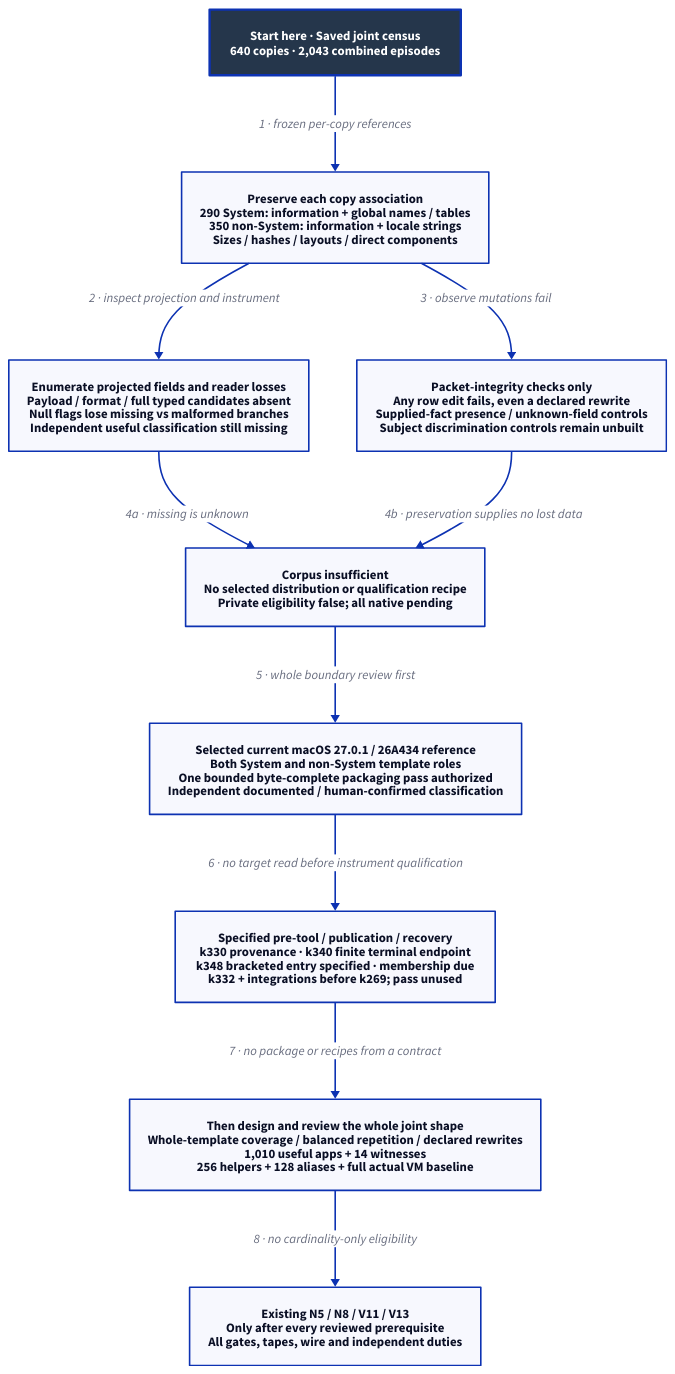
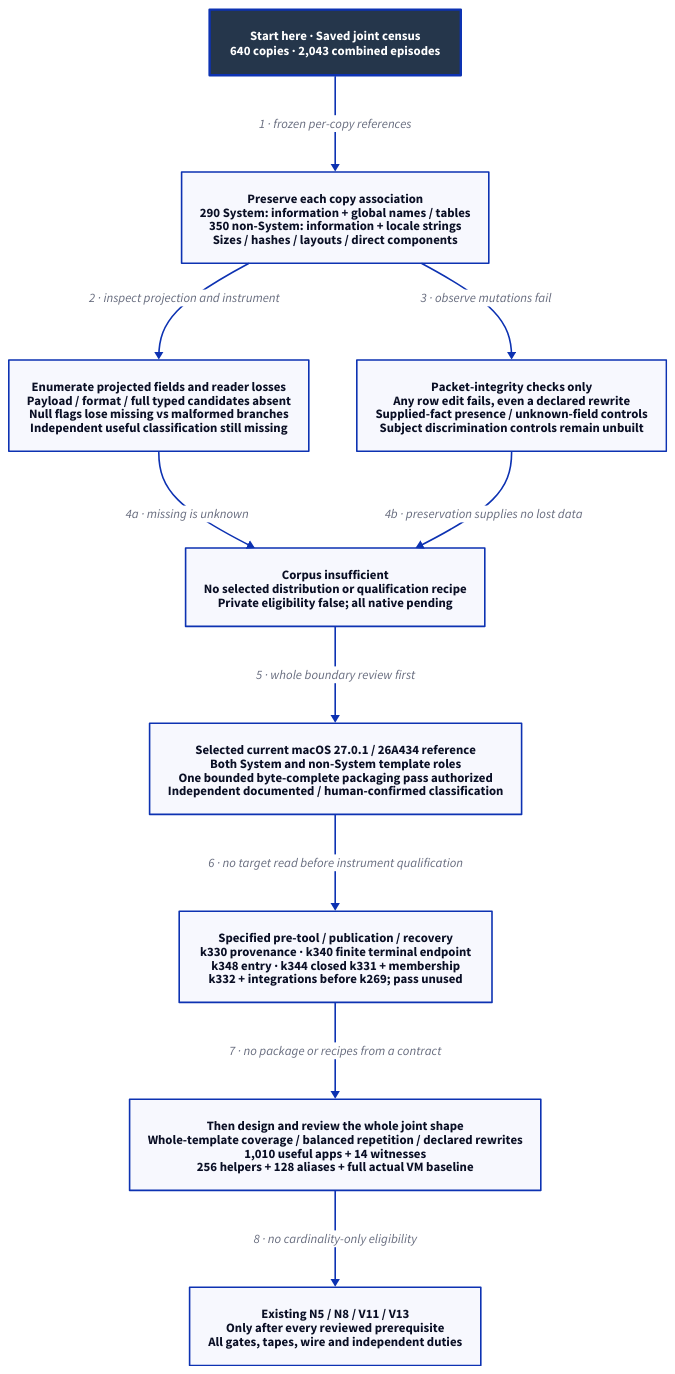
Before and after one commit to Linkuistics/Koine: the diagram in docs/design/architecture/native-population-metadata-shape.d2, drawn with D2. The commit also changed 36 other files, not shown here.

First line of the commit message:
Close whole checkpoint-recovery replacement and freeze its membership (reference-evidence-checkpoint-recovery-k344; closes reference-evidence-checkpoint-recovery-k336, reference-evidence-checkpoint-recovery-k331)

```diff
--- a/docs/design/architecture/native-population-metadata-shape.d2
+++ b/docs/design/architecture/native-population-metadata-shape.d2
@@ -1,23 +1,23 @@
-# Specified k331 mechanisms and k348 bracketed entry; k344 membership and k332 review precede use.
+# K344 closed k331 with new whole membership; k332 review and integrations precede use.
 direction: down
 classes: {
   start: {style: {fill: "#25364B"; font-color: "#FFFFFF"; bold: true; stroke-width: 3}}
 }
 Start: "Start here · Saved joint census\n640 copies · 2,043 combined episodes" {class: start}
 Known: "Preserve each copy association\n290 System: information + global names / tables\n350 non-System: information + locale strings\nSizes / hashes / layouts / direct components"
 Missing: "Enumerate projected fields and reader losses\nPayload / format / full typed candidates absent\nNull flags lose missing vs malformed branches\nIndependent useful classification still missing"
 Control: "Packet-integrity checks only\nAny row edit fails, even a declared rewrite\nSupplied-fact presence / unknown-field controls\nSubject discrimination controls remain unbuilt"
 Boundary: "Corpus insufficient\nNo selected distribution or qualification recipe\nPrivate eligibility false; all native pending"
 Decision: "Selected current macOS 27.0.1 / 26A434 reference\nBoth System and non-System template roles\nOne bounded byte-complete packaging pass authorized\nIndependent documented / human-confirmed classification"
-Contract: "Specified pre-tool / publication / recovery\nk330 provenance · k340 finite terminal endpoint\nk348 bracketed entry specified · membership due\nk332 + integrations before k269; pass unused"
+Contract: "Specified pre-tool / publication / recovery\nk330 provenance · k340 finite terminal endpoint\nk348 entry · k344 closed k331 + membership\nk332 + integrations before k269; pass unused"
 Design: "Then design and review the whole joint shape\nWhole-template coverage / balanced repetition / declared rewrites\n1,010 useful apps + 14 witnesses\n256 helpers + 128 aliases + full actual VM baseline"
 Native: "Existing N5 / N8 / V11 / V13\nOnly after every reviewed prerequisite\nAll gates, tapes, wire and independent duties"
 Start -> Known: "1 · frozen per-copy references"
 Known -> Missing: "2 · inspect projection and instrument"
 Known -> Control: "3 · observe mutations fail"
 Missing -> Boundary: "4a · missing is unknown"
 Control -> Boundary: "4b · preservation supplies no lost data"
 Boundary -> Decision: "5 · whole boundary review first"
 Decision -> Contract: "6 · no target read before instrument qualification"
 Contract -> Design: "7 · no package or recipes from a contract"
 Design -> Native: "8 · no cardinality-only eligibility"
```
